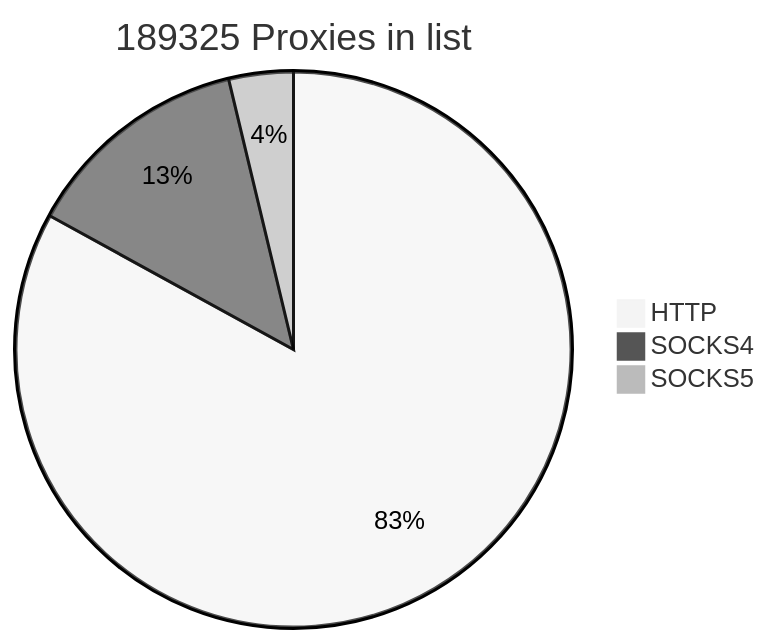
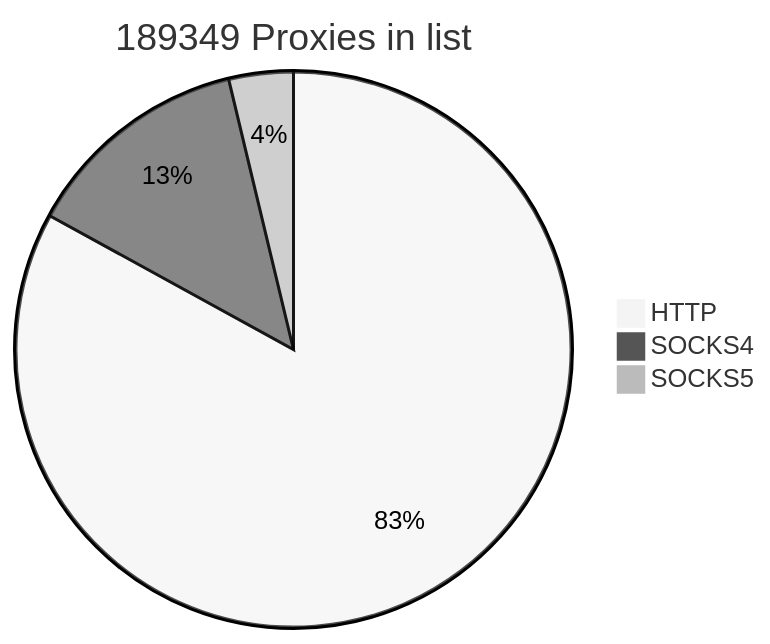
One commit to cutipu/proxylist changed the first of 2 diagrams in README.md. Above: the diagram before and after it, drawn with Mermaid (neutral theme). The commit also changed other lines of this file, not shown here.

````diff
--- a/README.md
+++ b/README.md
@@ -2,7 +2,7 @@
 ```mermaid
-pie title 189325 Proxies in list
-    "HTTP" : 157119
+pie title 189349 Proxies in list
+    "HTTP" : 157143
     "SOCKS4" : 25108
     "SOCKS5" : 7098
             
 ```
````
